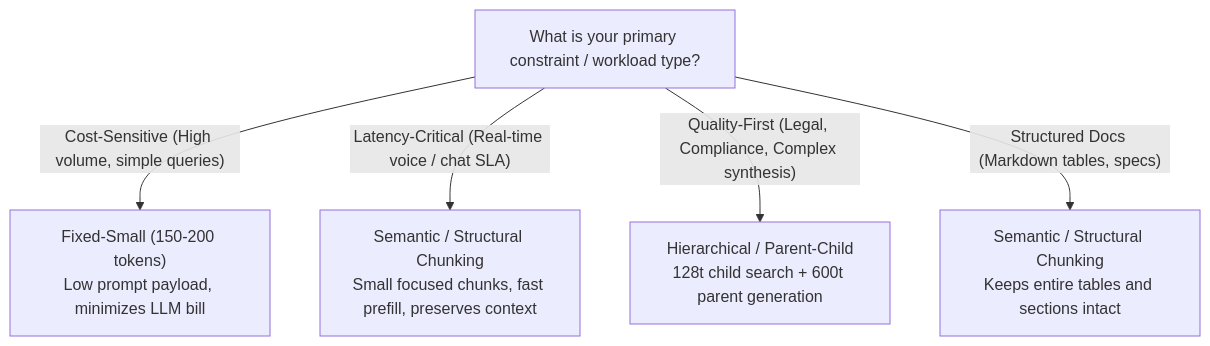
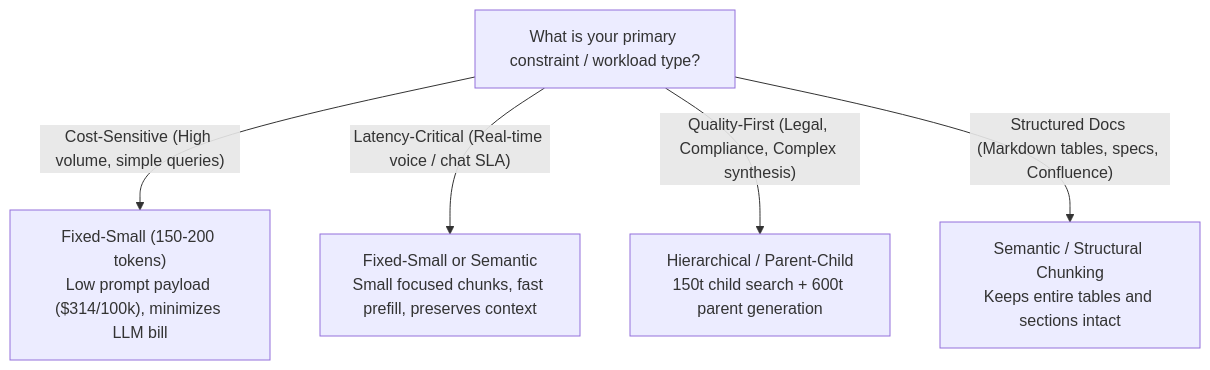
The diagram in 2a Bedrock RAG/Demo-Chunking-Strategies/README.md (eduamota/building-apps-with-bedrock), drawn with Mermaid before and after one commit. The commit also changed other lines of this file and 4 other files, not shown here.

````diff
--- a/2a Bedrock RAG/Demo-Chunking-Strategies/README.md
+++ b/2a Bedrock RAG/Demo-Chunking-Strategies/README.md
@@ -111,9 +112,9 @@
 ```mermaid
 flowchart TD
     Start["What is your primary constraint / workload type?"]
     
-    Start -->|"Cost-Sensitive (High volume, simple queries)"| CostPath["Fixed-Small (150-200 tokens)<br/>Low prompt payload, minimizes LLM bill"]
-    Start -->|"Latency-Critical (Real-time voice / chat SLA)"| LatencyPath["Semantic / Structural Chunking<br/>Small focused chunks, fast prefill, preserves context"]
-    Start -->|"Quality-First (Legal, Compliance, Complex synthesis)"| QualityPath["Hierarchical / Parent-Child<br/>128t child search + 600t parent generation"]
-    Start -->|"Structured Docs (Markdown tables, specs)"| StructPath["Semantic / Structural Chunking<br/>Keeps entire tables and sections intact"]
+    Start -->|"Cost-Sensitive (High volume, simple queries)"| CostPath["Fixed-Small (150-200 tokens)<br/>Low prompt payload ($314/100k), minimizes LLM bill"]
+    Start -->|"Latency-Critical (Real-time voice / chat SLA)"| LatencyPath["Fixed-Small or Semantic<br/>Small focused chunks, fast prefill, preserves context"]
+    Start -->|"Quality-First (Legal, Compliance, Complex synthesis)"| QualityPath["Hierarchical / Parent-Child<br/>150t child search + 600t parent generation"]
+    Start -->|"Structured Docs (Markdown tables, specs, Confluence)"| StructPath["Semantic / Structural Chunking<br/>Keeps entire tables and sections intact"]
 ```
````
